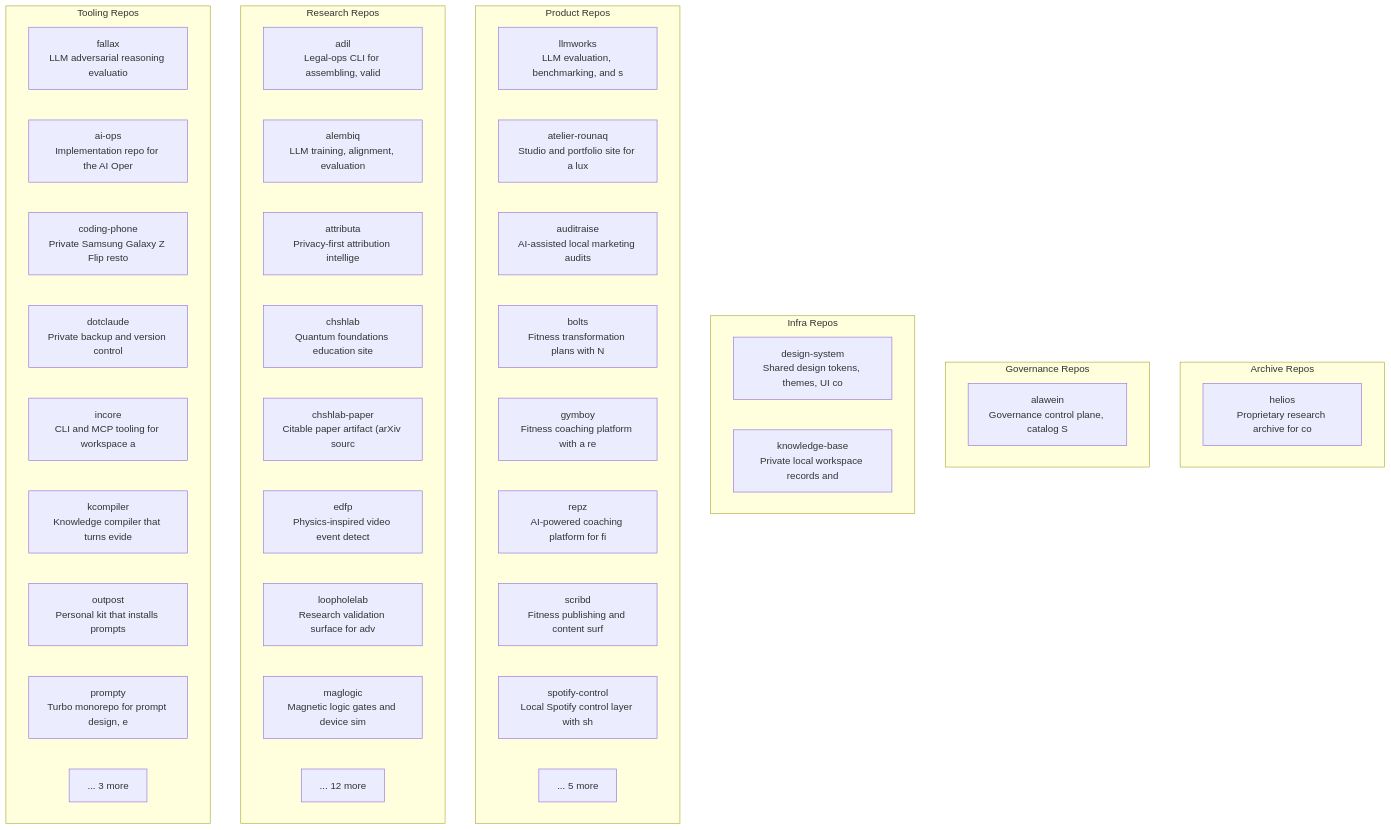
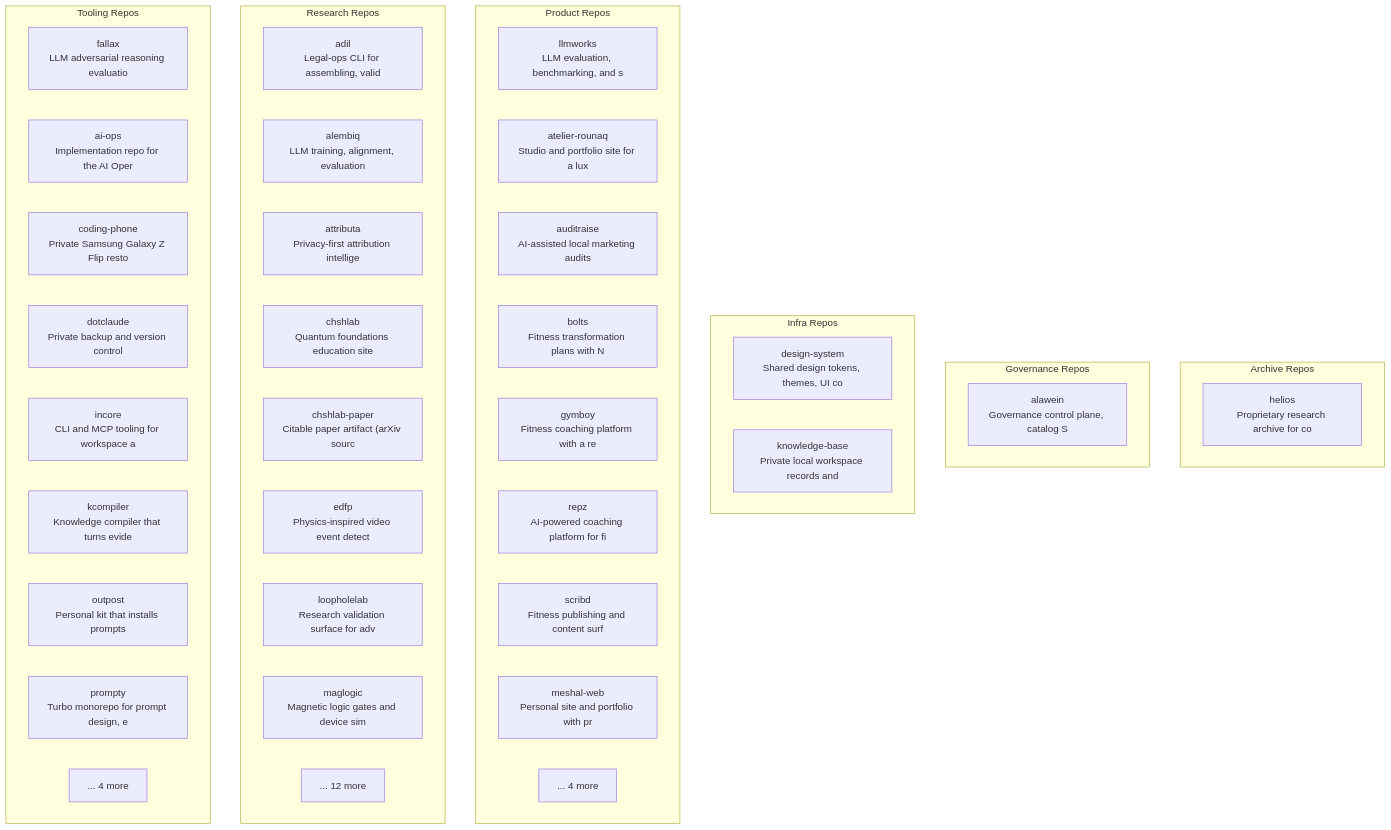
The second of 6 diagrams in docs/architecture.md (alawein/alawein), drawn with Mermaid before and after one commit. The commit also changed other lines of this file and 3 other files, not shown here.

Commit message:
docs: clear architecture/SSOT/DEBT/kernel drift (F005)

````diff
--- a/docs/architecture.md
+++ b/docs/architecture.md
@@ -64,46 +64,46 @@
 ```mermaid
 graph TB
   subgraph archive["Archive Repos"]
     helios["helios\nProprietary research archive for co"]
   end
   subgraph governance["Governance Repos"]
     alawein["alawein\nGovernance control plane, catalog S"]
   end
   subgraph infra["Infra Repos"]
     design_system["design-system\nShared design tokens, themes, UI co"]
     knowledge_base["knowledge-base\nPrivate local workspace records and"]
   end
   subgraph product["Product Repos"]
     llmworks["llmworks\nLLM evaluation, benchmarking, and s"]
     atelier_rounaq["atelier-rounaq\nStudio and portfolio site for a lux"]
     auditraise["auditraise\nAI-assisted local marketing audits "]
     bolts["bolts\nFitness transformation plans with N"]
     gymboy["gymboy\nFitness coaching platform with a re"]
     repz["repz\nAI-powered coaching platform for fi"]
     scribd["scribd\nFitness publishing and content surf"]
-    spotify_control["spotify-control\nLocal Spotify control layer with sh"]
-    more_product["... 5 more"]
+    meshal_web["meshal-web\nPersonal site and portfolio with pr"]
+    more_product["... 4 more"]
   end
   subgraph research["Research Repos"]
     adil["adil\nLegal-ops CLI for assembling, valid"]
     alembiq["alembiq\nLLM training, alignment, evaluation"]
     attributa["attributa\nPrivacy-first attribution intellige"]
     chshlab["chshlab\nQuantum foundations education site "]
     chshlab_paper["chshlab-paper\nCitable paper artifact (arXiv sourc"]
     edfp["edfp\nPhysics-inspired video event detect"]
     loopholelab["loopholelab\nResearch validation surface for adv"]
     maglogic["maglogic\nMagnetic logic gates and device sim"]
     more_research["... 12 more"]
   end
   subgraph tooling["Tooling Repos"]
     fallax["fallax\nLLM adversarial reasoning evaluatio"]
     ai_ops["ai-ops\nImplementation repo for the AI Oper"]
     coding_phone["coding-phone\nPrivate Samsung Galaxy Z Flip resto"]
     dotclaude["dotclaude\nPrivate backup and version control "]
     incore["incore\nCLI and MCP tooling for workspace a"]
     kcompiler["kcompiler\nKnowledge compiler that turns evide"]
     outpost["outpost\nPersonal kit that installs prompts "]
     prompty["prompty\nTurbo monorepo for prompt design, e"]
-    more_tooling["... 3 more"]
+    more_tooling["... 4 more"]
   end
 ```
````
